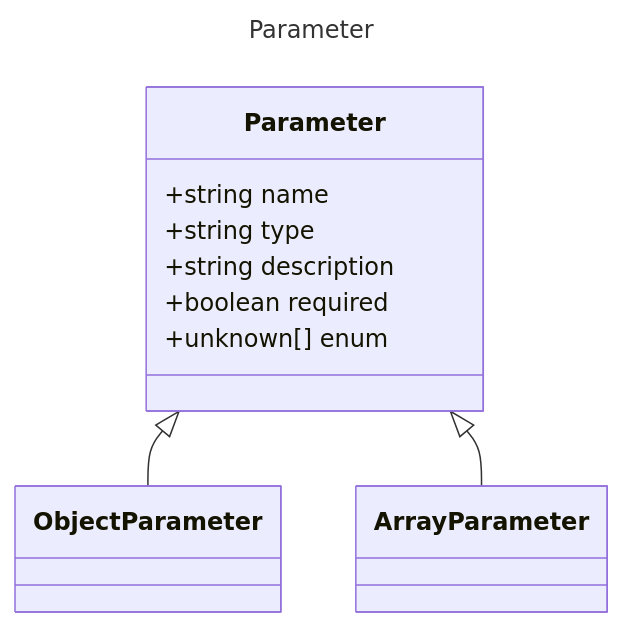
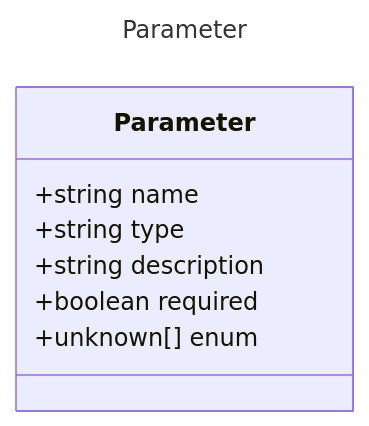
One commit to microsoft/prompty changed the diagram in specification/prompty/docs/Parameter.md. Above: the diagram before and after it, drawn with Mermaid. The commit also changed 22 other files, not shown here.

Commit message:
corrected class diagrams

````diff
--- a/specification/prompty/docs/Parameter.md
+++ b/specification/prompty/docs/Parameter.md
@@ -7,15 +7,13 @@
 ```mermaid
 ---
 title: Parameter
 ---
 classDiagram
     class Parameter {
         +string name
         +string type
         +string description
         +boolean required
         +unknown[] enum
     }
-    Parameter <|-- ObjectParameter
-    Parameter <|-- ArrayParameter
 ```
````
